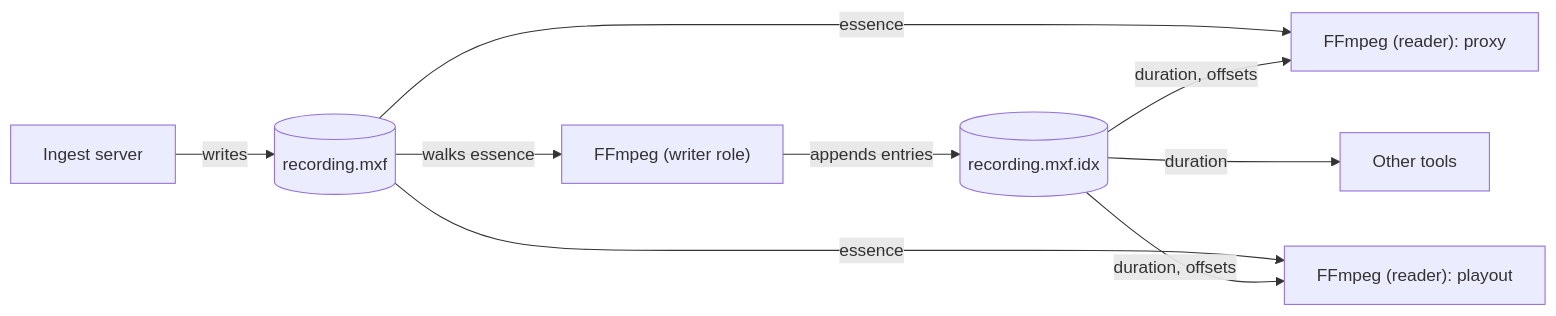
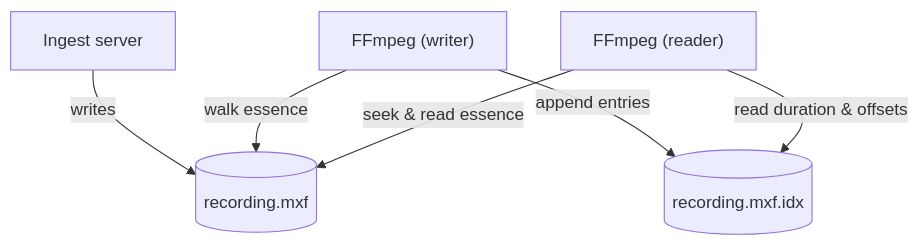
Before and after one commit to hootworks/website: the first of 2 diagrams in content/news/reading-growing-mxf-files-in-ffmpeg/index.md, drawn with Mermaid. The commit also changed other lines of this file, not shown here.

Commit message:
content: update growing mxf

````diff
--- a/content/news/reading-growing-mxf-files-in-ffmpeg/index.md
+++ b/content/news/reading-growing-mxf-files-in-ffmpeg/index.md
@@ -96,11 +70,8 @@
 ```mermaid
-flowchart LR
+flowchart
     Ingest["Ingest server"] -- "writes" --> MXF[("recording.mxf")]
-    MXF -- "walks essence" --> W["FFmpeg (writer role)"]
-    W -- "appends entries" --> IDX[("recording.mxf.idx")]
-    IDX -- "duration, offsets" --> R1["FFmpeg (reader): proxy"]
-    IDX -- "duration, offsets" --> R2["FFmpeg (reader): playout"]
-    IDX -- "duration" --> Other["Other tools"]
-    MXF -- "essence" --> R1
-    MXF -- "essence" --> R2
+    W["FFmpeg (writer)"] -- "walk essence" --> MXF 
+    W -- "append entries" --> IDX[("recording.mxf.idx")]
+    R1["FFmpeg (reader)"] -- "read duration & offsets" --> IDX
+    R1 -- "seek & read essence" --> MXF 
 ```
````
